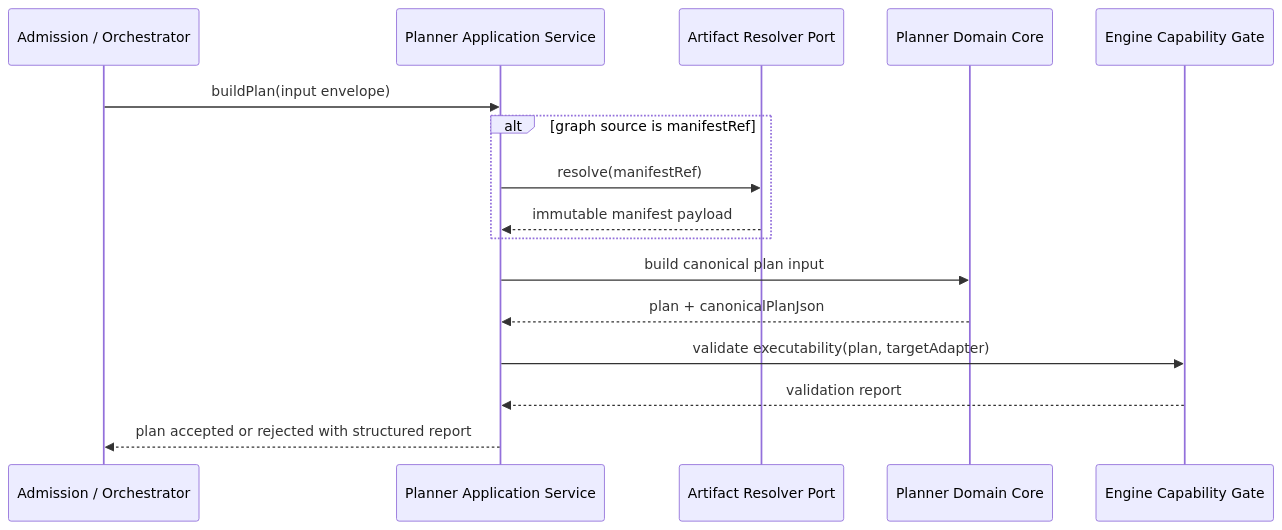
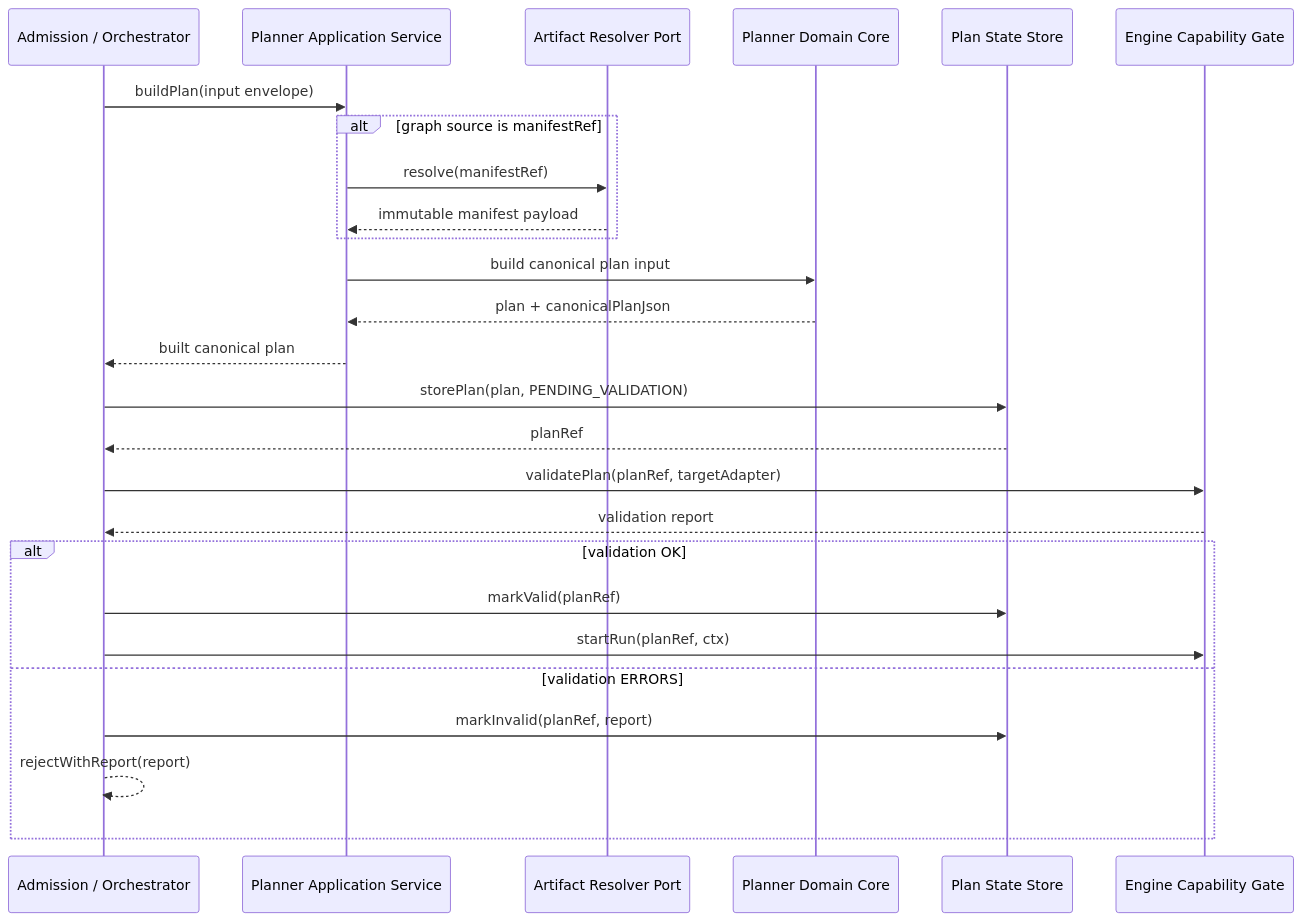
Before and after one commit to dunay2/dvt: the third of 3 diagrams in packages/@dvt/planner/docs/planning/Stage-1.1-Planner-Canonicalization.md, drawn with Mermaid. The commit also changed other lines of this file and 2 other files, not shown here.

Commit message:
docs(docs): Refine planner executability sequence

````diff
--- a/packages/@dvt/planner/docs/planning/Stage-1.1-Planner-Canonicalization.md
+++ b/packages/@dvt/planner/docs/planning/Stage-1.1-Planner-Canonicalization.md
@@ -204,19 +204,29 @@
 ```mermaid
 sequenceDiagram
     participant Caller as Admission / Orchestrator
     participant App as Planner Application Service
     participant Resolver as Artifact Resolver Port
     participant Core as Planner Domain Core
+    participant Store as Plan State Store
     participant Engine as Engine Capability Gate
 
     Caller->>App: buildPlan(input envelope)
     alt graph source is manifestRef
         App->>Resolver: resolve(manifestRef)
         Resolver-->>App: immutable manifest payload
     end
     App->>Core: build canonical plan input
     Core-->>App: plan + canonicalPlanJson
-    App->>Engine: validate executability(plan, targetAdapter)
-    Engine-->>App: validation report
-    App-->>Caller: plan accepted or rejected with structured report
+    App-->>Caller: built canonical plan
+    Caller->>Store: storePlan(plan, PENDING_VALIDATION)
+    Store-->>Caller: planRef
+    Caller->>Engine: validatePlan(planRef, targetAdapter)
+    Engine-->>Caller: validation report
+    alt validation OK
+        Caller->>Store: markValid(planRef)
+        Caller->>Engine: startRun(planRef, ctx)
+    else validation ERRORS
+        Caller->>Store: markInvalid(planRef, report)
+        Caller-->>Caller: rejectWithReport(report)
+    end
 ```
````
